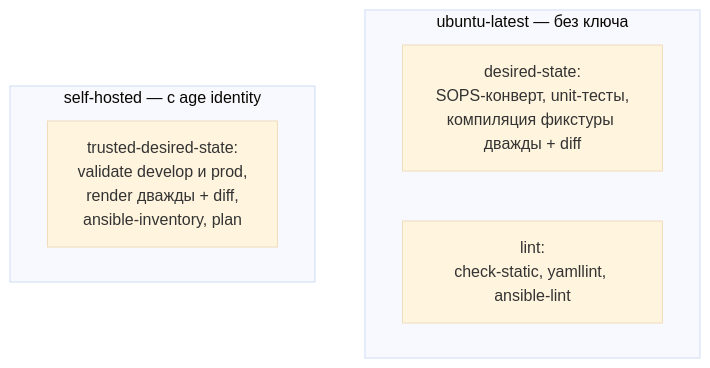
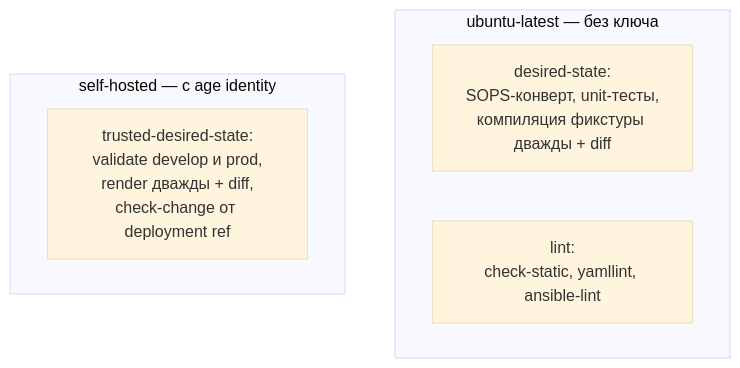
Before and after one commit to SpiritTechDevelopment/Infrastructure: the second of 5 diagrams in docs/ARCHITECTURE.md, drawn with Mermaid (base theme). The commit also changed other lines of this file and 24 other files, not shown here.

````diff
--- a/docs/ARCHITECTURE.md
+++ b/docs/ARCHITECTURE.md
@@ -194,10 +197,10 @@
 ```mermaid
 flowchart TD
     subgraph pub["ubuntu-latest — без ключа"]
         A["desired-state:<br/>SOPS-конверт, unit-тесты,<br/>компиляция фикстуры дважды + diff"]
         C["lint:<br/>check-static, yamllint, ansible-lint"]
     end
     subgraph trust["self-hosted — с age identity"]
-        B["trusted-desired-state:<br/>validate develop и prod,<br/>render дважды + diff,<br/>ansible-inventory, plan"]
+        B["trusted-desired-state:<br/>validate develop и prod,<br/>render дважды + diff,<br/>check-change от deployment ref"]
     end
 ```
````
